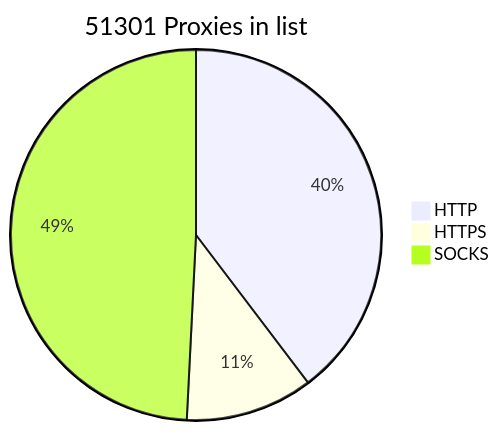
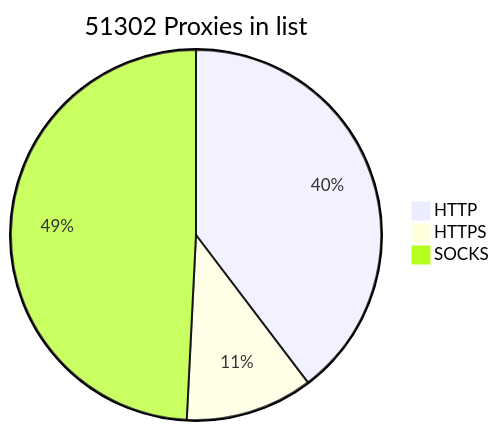
Before and after one commit to BlackSnowDot/proxylist-update-every-minute: the diagram in README.md, drawn with Mermaid.

````diff
--- a/README.md
+++ b/README.md
@@ -2,6 +2,6 @@
 ```mermaid
-pie title 51301 Proxies in list
+pie title 51302 Proxies in list
     "HTTP" : 22585
-    "HTTPS": 6333
+    "HTTPS": 6334
     "SOCKS" : 28014
 ```
````
